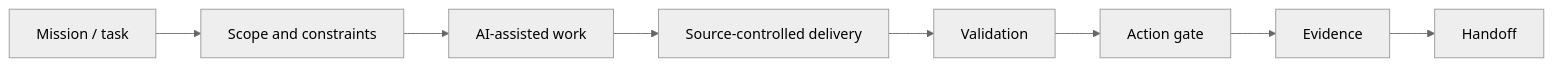
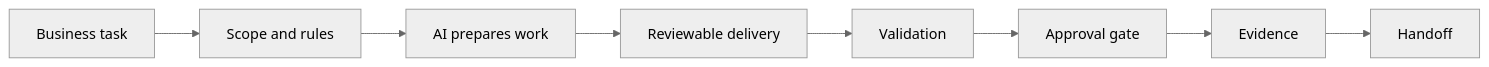
Before and after one commit to Aureus-Automation-Lab/Aureus-Automation-Lab: the diagram in public-proof/aureus-os/operating-model.md, drawn with Mermaid (neutral theme). The commit also changed other lines of this file and 31 other files, not shown here.

````diff
--- a/public-proof/aureus-os/operating-model.md
+++ b/public-proof/aureus-os/operating-model.md
@@ -5,10 +12,10 @@
 ```mermaid
 flowchart LR
-    A[Mission / task] --> B[Scope and constraints]
-    B --> C[AI-assisted work]
-    C --> D[Source-controlled delivery]
+    A[Business task] --> B[Scope and rules]
+    B --> C[AI prepares work]
+    C --> D[Reviewable delivery]
     D --> E[Validation]
-    E --> F[Action gate]
+    E --> F[Approval gate]
     F --> G[Evidence]
     G --> H[Handoff]
 ```
````
